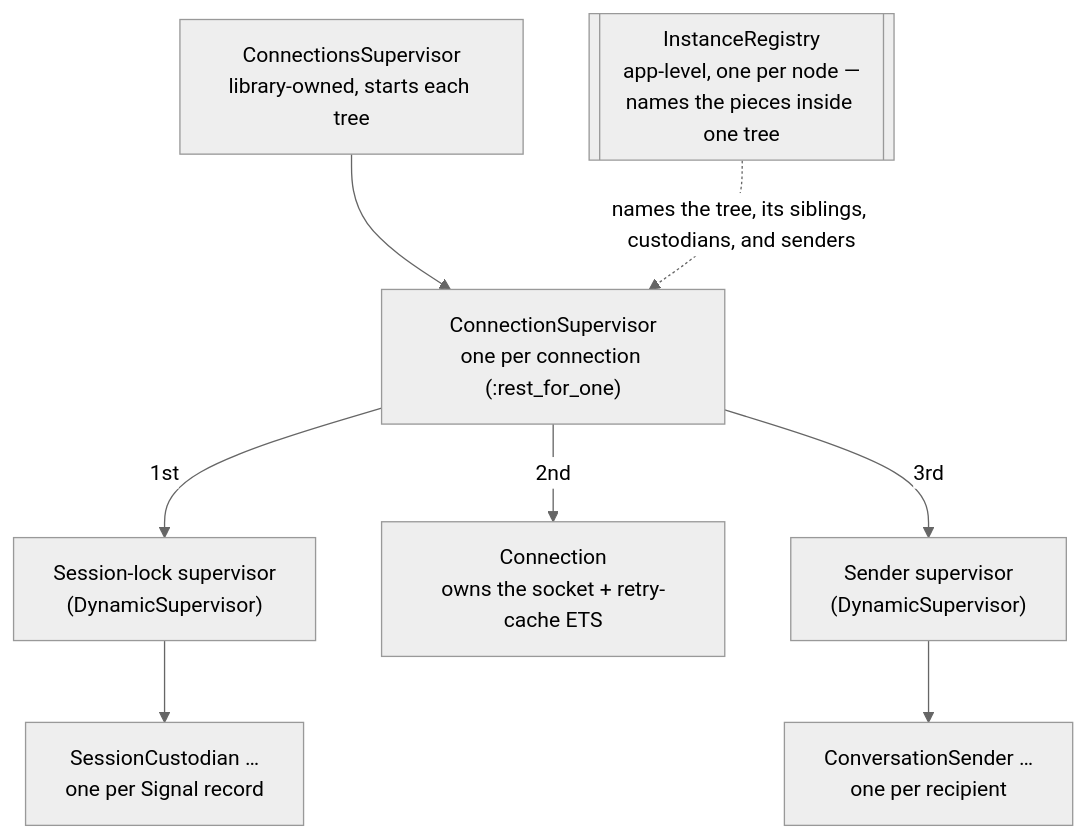
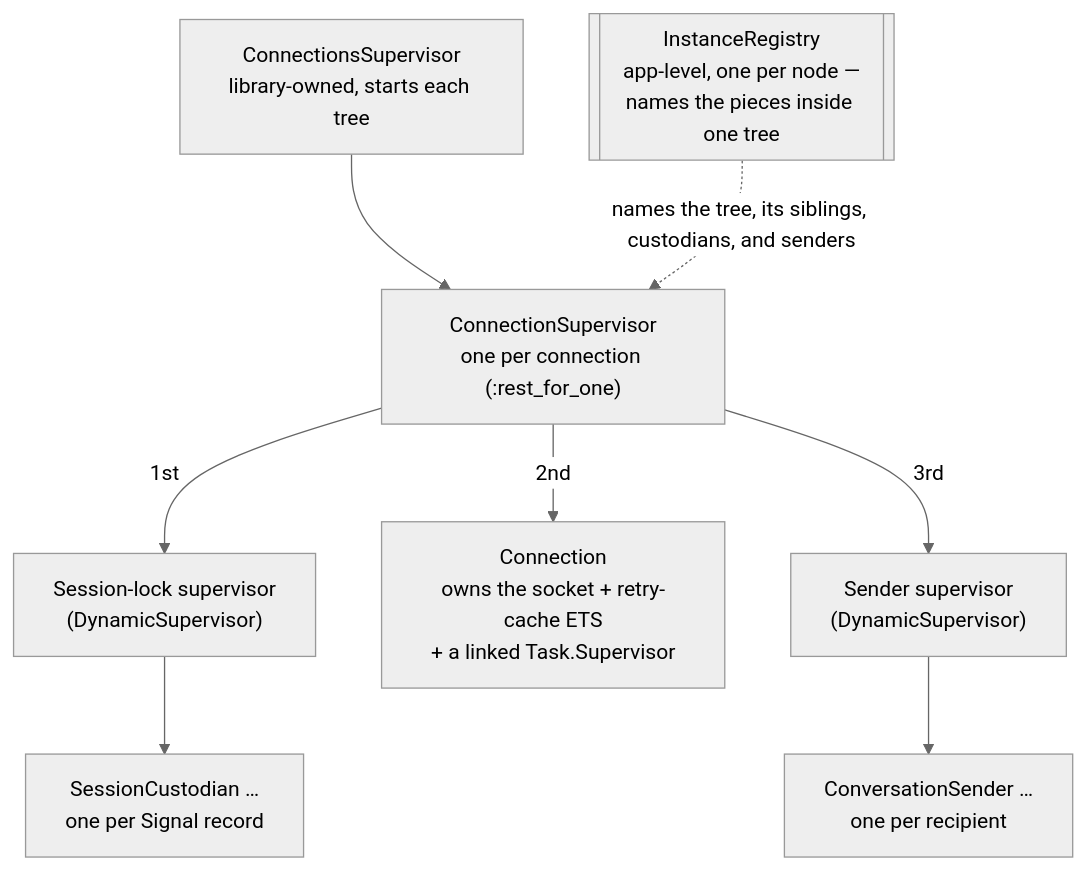
The diagram in docs/INFRASTRUCTURE.md (tubedude/amarula), drawn with Mermaid (neutral theme) before and after one commit. The commit also changed other lines of this file and 13 other files, not shown here.

````diff
--- a/docs/INFRASTRUCTURE.md
+++ b/docs/INFRASTRUCTURE.md
@@ -32,17 +32,17 @@
 ```mermaid
 graph TD
     IR[["InstanceRegistry<br/>app-level, one per node —<br/>names the pieces inside one tree"]]
     ConnsSup["ConnectionsSupervisor<br/>library-owned, starts each tree"]
     TreeSup["ConnectionSupervisor<br/>one per connection (:rest_for_one)"]
     CustSup["Session-lock supervisor<br/>(DynamicSupervisor)"]
     Cust["SessionCustodian …<br/>one per Signal record"]
-    Conn["Connection<br/>owns the socket + retry-cache ETS"]
+    Conn["Connection<br/>owns the socket + retry-cache ETS<br/>+ a linked Task.Supervisor"]
     SendSup["Sender supervisor<br/>(DynamicSupervisor)"]
     Sender["ConversationSender …<br/>one per recipient"]
 
     ConnsSup --> TreeSup
     TreeSup -->|1st| CustSup --> Cust
     TreeSup -->|2nd| Conn
     TreeSup -->|3rd| SendSup --> Sender
     IR -.->|names the tree, its siblings, custodians, and senders| TreeSup
 ```
````
